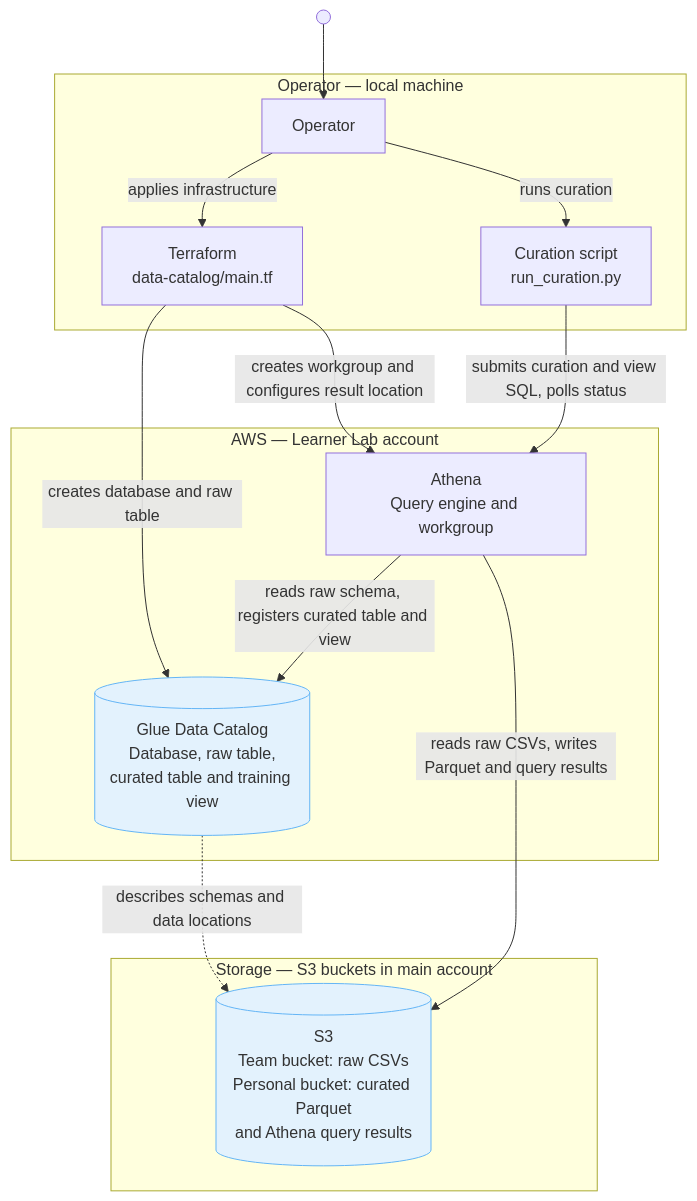
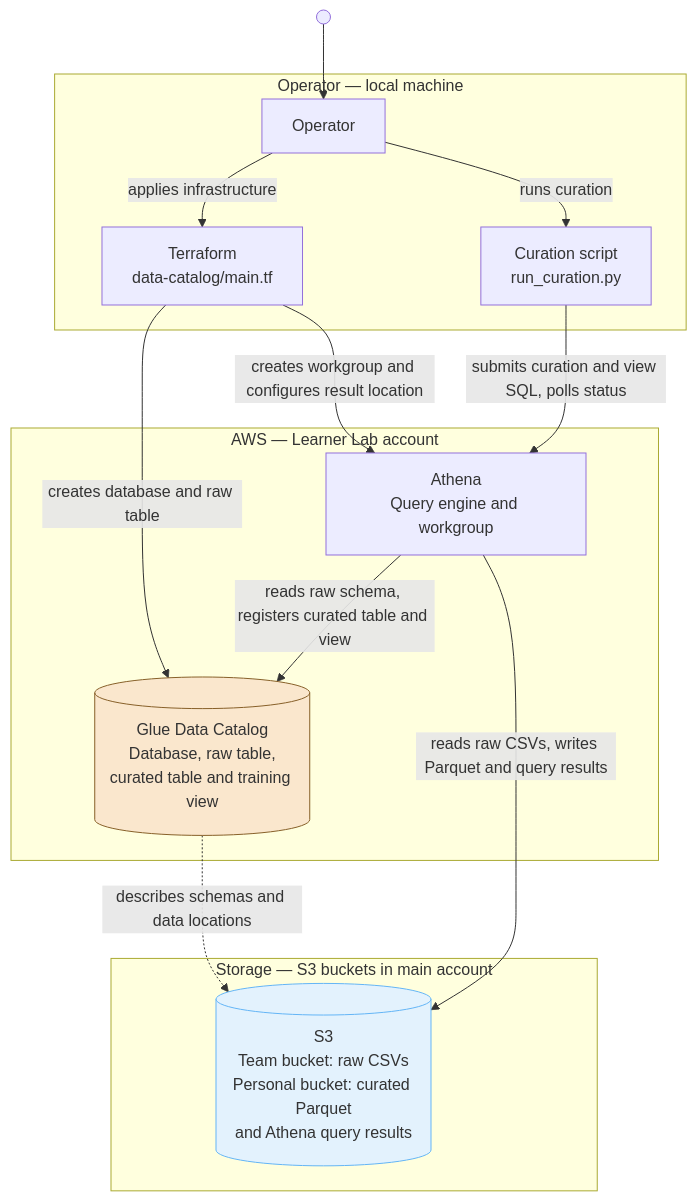
Before and after one commit to MaximeBoulat/customer-churn-pipeline: the diagram in Documentation/Pipeline/Children/DataCatalog/Resources/ComponentDiagram.md, drawn with Mermaid. The commit also changed 6 other files, not shown here.

Commit message:
Updating diagrams

````diff
--- a/Documentation/Pipeline/Children/DataCatalog/Resources/ComponentDiagram.md
+++ b/Documentation/Pipeline/Children/DataCatalog/Resources/ComponentDiagram.md
@@ -1,32 +1,37 @@
 ```mermaid
 flowchart TB
     Start@{ shape: start }
 
     subgraph Local["Operator — local machine"]
         Operator["Operator"]
         Terraform["Terraform<br/>data-catalog/main.tf"]
         CurationScript["Curation script<br/>run_curation.py"]
     end
 
     subgraph AWS["AWS — Learner Lab account"]
         Glue[("Glue Data Catalog<br/>Database, raw table,<br/>curated table and training view")]
         Athena["Athena<br/>Query engine and workgroup"] 
-    end
+    end 
 
     subgraph Storage["Storage — S3 buckets in main account"]
         S3[("S3<br/>Team bucket: raw CSVs<br/>Personal bucket: curated Parquet<br/>and Athena query results")]
     end
 
     Start --> Operator
     Operator -->|applies infrastructure| Terraform
     Operator -->|runs curation| CurationScript
     Terraform -->|creates database and raw table| Glue
     Terraform -->|creates workgroup and configures result location| Athena
     CurationScript -->|submits curation and view SQL, polls status| Athena
     Athena -->|reads raw schema, registers curated table and view| Glue
     Athena -->|reads raw CSVs, writes Parquet and query results| S3
     Glue -.->|describes schemas and data locations| S3
 
     classDef dataStore fill:#E3F2FD,stroke:#64B5F6
-    class Glue,S3 dataStore
+    classDef registry fill:#fae7cd,stroke:#876029
+    
+    class S3 dataStore
+    class Glue registry
+
+
 ```
````
